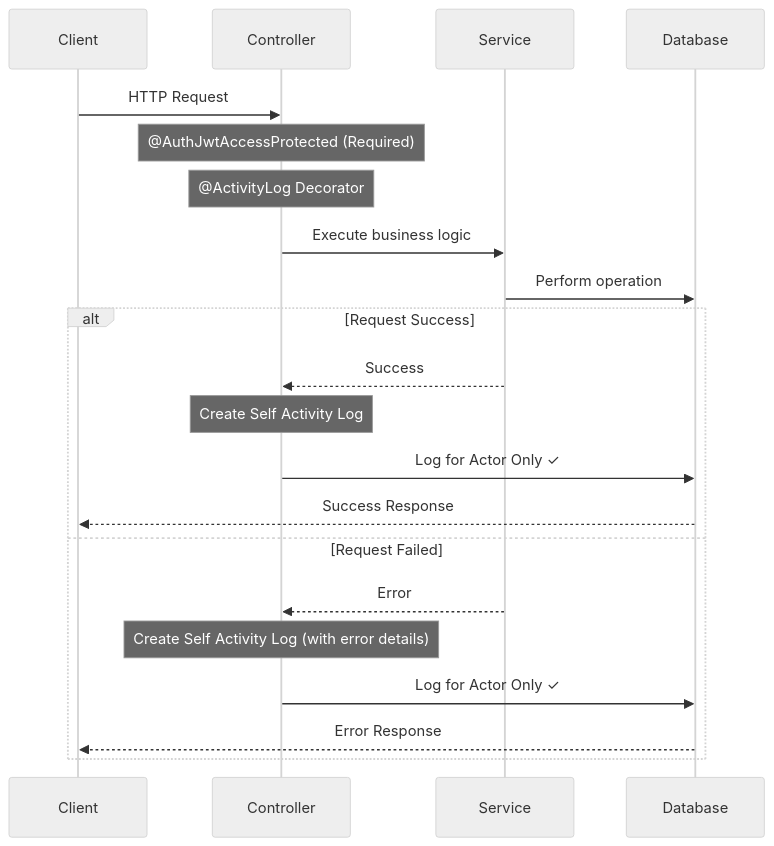
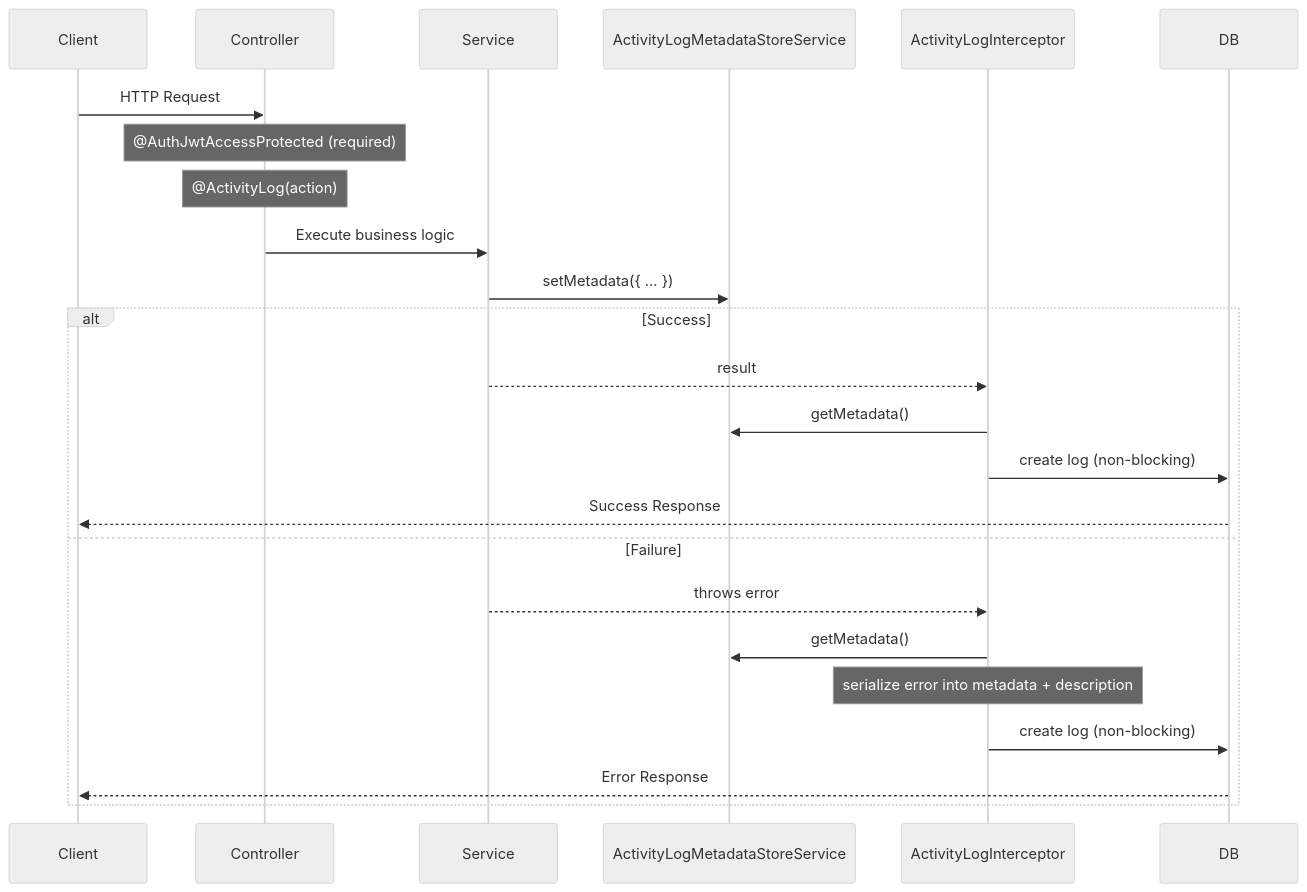
The diagram in docs/activity-log.md (andrechristikan/ack-nestjs-boilerplate), drawn with Mermaid (neutral theme) before and after one commit. The commit also changed other lines of this file and 19 other files, not shown here.

Commit message:
feat: implement nestjs-cls for request context store in activity log module

````diff
--- a/docs/activity-log.md
+++ b/docs/activity-log.md
@@ -32,25 +57,27 @@
 ```mermaid
 sequenceDiagram
     participant Client
     participant Controller
     participant Service
-    participant Database
-    
+    participant Storage as ActivityLogMetadataStoreService
+    participant Interceptor as ActivityLogInterceptor
+    participant DB
+
     Client->>Controller: HTTP Request
-    Note over Controller: @AuthJwtAccessProtected (Required)
-    Note over Controller: @ActivityLog Decorator
+    Note over Controller: @AuthJwtAccessProtected (required)
+    Note over Controller: @ActivityLog(action)
     Controller->>Service: Execute business logic
-    Service->>Database: Perform operation
-    
-    alt Request Success
-        Service-->>Controller: Success
-        Note over Controller: Create Self Activity Log
-        Controller->>Database: Log for Actor Only ✓
-        Database-->>Client: Success Response
-    else Request Failed
-        Service-->>Controller: Error
-        Note over Controller: Create Self Activity Log (with error details)
-        Controller->>Database: Log for Actor Only ✓
-        Database-->>Client: Error Response
+    Service->>Storage: setMetadata({ ... })
+    alt Success
+        Service-->>Interceptor: result
+        Interceptor->>Storage: getMetadata()
+        Interceptor->>DB: create log (non-blocking)
+        DB-->>Client: Success Response
+    else Failure
+        Service-->>Interceptor: throws error
+        Interceptor->>Storage: getMetadata()
+        Note over Interceptor: serialize error into metadata + description
+        Interceptor->>DB: create log (non-blocking)
+        DB-->>Client: Error Response
     end
 ```
````
